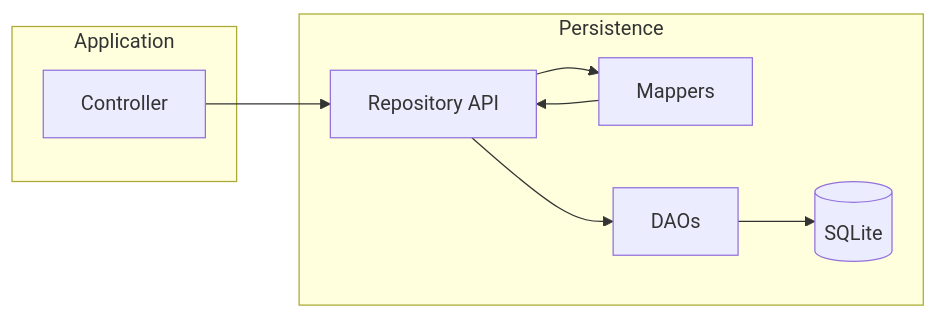
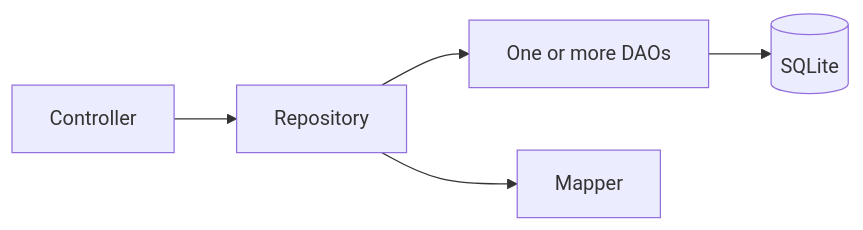
The diagram in docs/architecture/persistence_layer/repositories.md (Antoine-Lagache/psitta), drawn with Mermaid before and after one commit. The commit also changed other lines of this file and 25 other files, not shown here.

````diff
--- a/docs/architecture/persistence_layer/repositories.md
+++ b/docs/architecture/persistence_layer/repositories.md
@@ -150,20 +11,7 @@
 ```mermaid
 flowchart LR
-
-    subgraph Application
-        Controller
-    end
-
-    subgraph Persistence
-        Repo["Repository API"]
-        Mapper["Mappers"]
-        DAO["DAOs"]
-        DB[("SQLite")]
-    end
-
-    Controller --> Repo
-    Repo --> Mapper
-    Repo --> DAO
-    DAO --> DB
-    Mapper --> Repo
+    CONTROLLER["Controller"] --> REPOSITORY["Repository"]
+    REPOSITORY --> DAO["One or more DAOs"]
+    REPOSITORY --> MAPPER["Mapper"]
+    DAO --> DB[(SQLite)]
 ```
````
